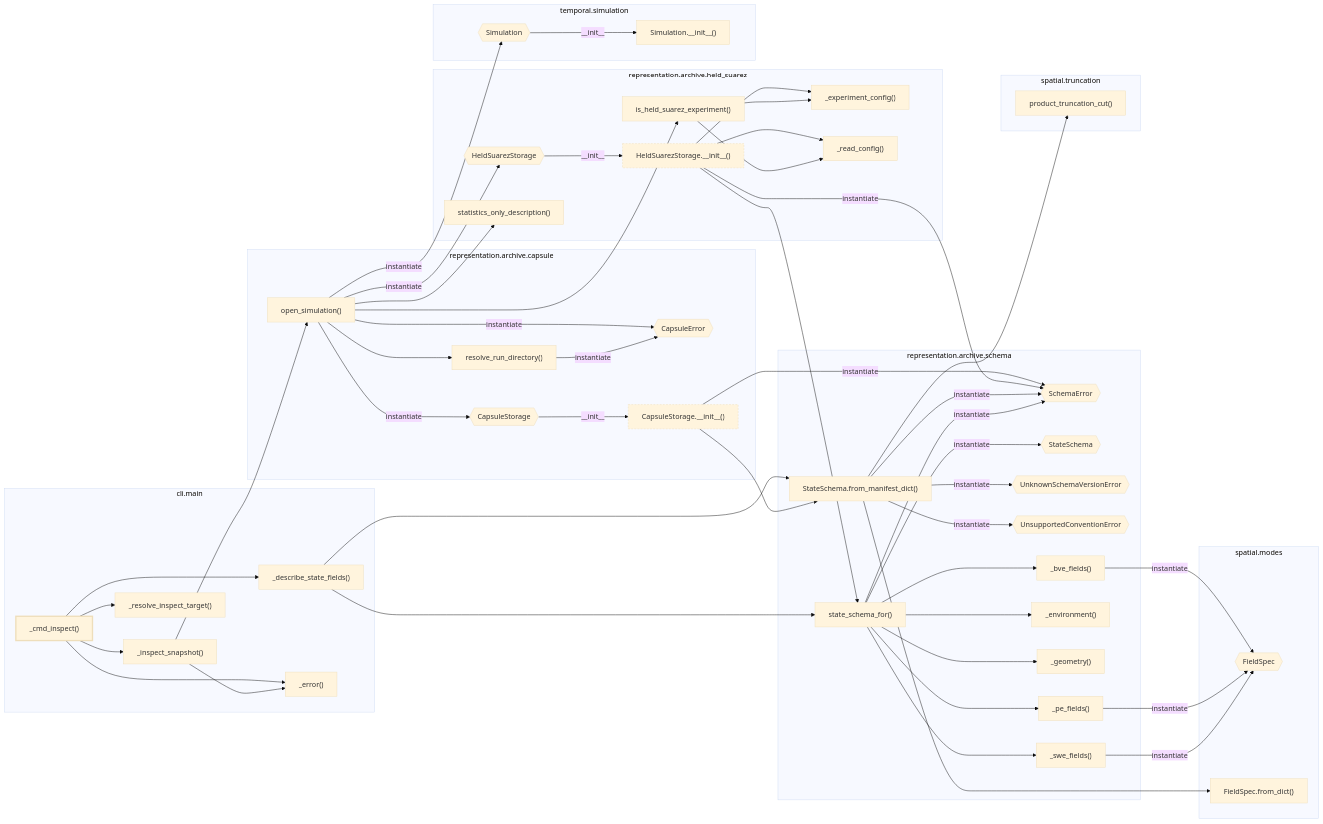
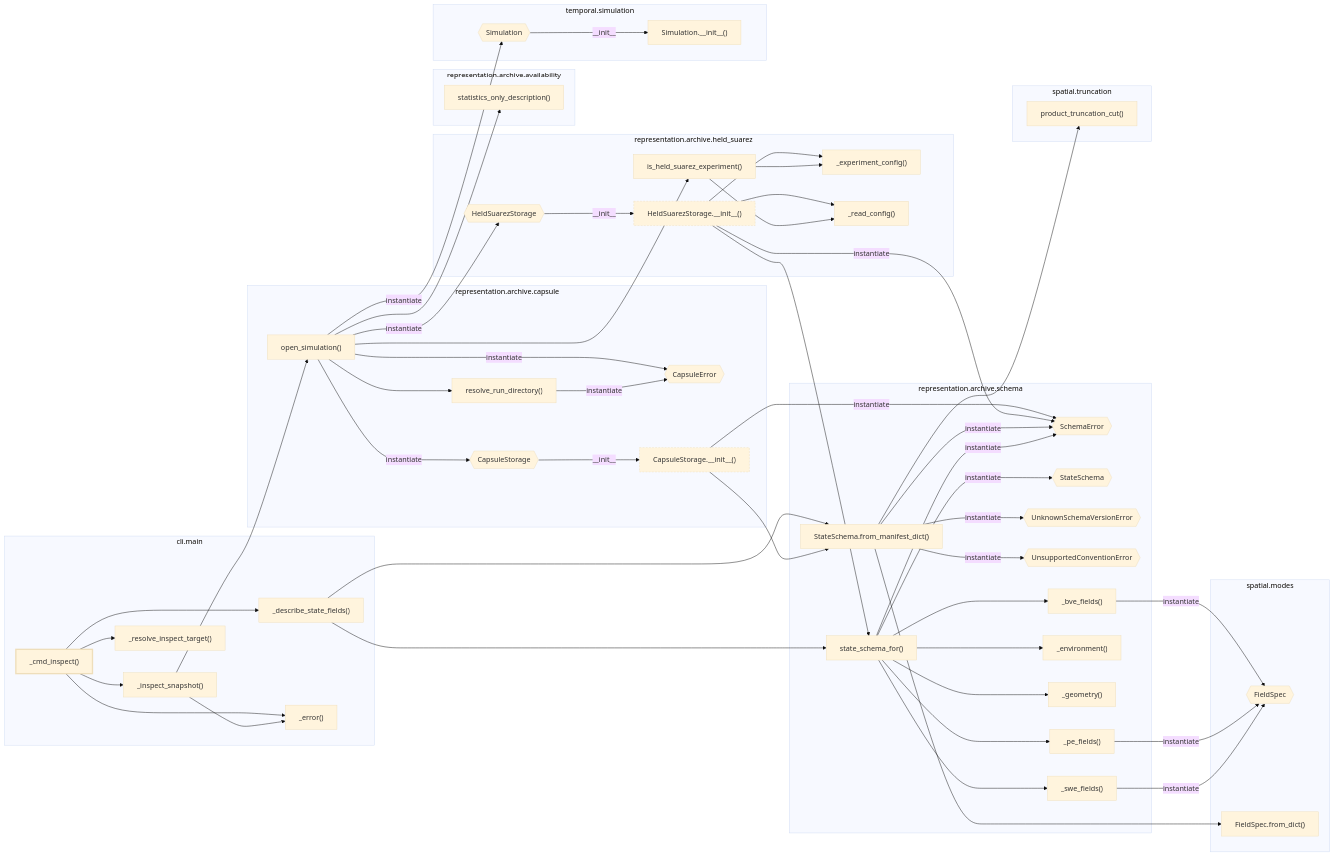
One commit to AlexandreEros/Palintropos changed the diagram in docs/architecture/current/calls/cli-inspect.mmd. Above: the diagram before and after it, drawn with Mermaid (base theme). The commit also changed 192 other files, not shown here.

```diff
--- a/docs/architecture/current/calls/cli-inspect.mmd
+++ b/docs/architecture/current/calls/cli-inspect.mmd
@@ -1,96 +1,98 @@
 %% Generated by tools.architecture 1.0.0. Do not edit by hand.
 %% Static call graph from tropoi.cli.main._cmd_inspect, depth <= 4. Solid: call/instantiate/__init__/super. Dashed: self-dispatch and possible overrides. Dashed border: node with further calls beyond the depth cut.
 flowchart LR
     subgraph g_tropoi_ocli_omain["cli.main"]
         n_tropoi_ocli_omain_o__cmd__inspect["_cmd_inspect()"]
         n_tropoi_ocli_omain_o__describe__state__fields["_describe_state_fields()"]
         n_tropoi_ocli_omain_o__error["_error()"]
         n_tropoi_ocli_omain_o__inspect__snapshot["_inspect_snapshot()"]
         n_tropoi_ocli_omain_o__resolve__inspect__target["_resolve_inspect_target()"]
+    end
+    subgraph g_tropoi_orepresentation_oarchive_oavailability["representation.archive.availability"]
+        n_tropoi_orepresentation_oarchive_oavailability_ostatistics__only__description["statistics_only_description()"]
     end
     subgraph g_tropoi_orepresentation_oarchive_ocapsule["representation.archive.capsule"]
         n_tropoi_orepresentation_oarchive_ocapsule_oCapsuleError{{"CapsuleError"}}
         n_tropoi_orepresentation_oarchive_ocapsule_oCapsuleStorage{{"CapsuleStorage"}}
         n_tropoi_orepresentation_oarchive_ocapsule_oCapsuleStorage_o____init____["CapsuleStorage.__init__()"]
         n_tropoi_orepresentation_oarchive_ocapsule_oopen__simulation["open_simulation()"]
         n_tropoi_orepresentation_oarchive_ocapsule_oresolve__run__directory["resolve_run_directory()"]
     end
     subgraph g_tropoi_orepresentation_oarchive_oheld__suarez["representation.archive.held_suarez"]
         n_tropoi_orepresentation_oarchive_oheld__suarez_oHeldSuarezStorage{{"HeldSuarezStorage"}}
         n_tropoi_orepresentation_oarchive_oheld__suarez_oHeldSuarezStorage_o____init____["HeldSuarezStorage.__init__()"]
         n_tropoi_orepresentation_oarchive_oheld__suarez_o__experiment__config["_experiment_config()"]
         n_tropoi_orepresentation_oarchive_oheld__suarez_o__read__config["_read_config()"]
         n_tropoi_orepresentation_oarchive_oheld__suarez_ois__held__suarez__experiment["is_held_suarez_experiment()"]
-        n_tropoi_orepresentation_oarchive_oheld__suarez_ostatistics__only__description["statistics_only_description()"]
     end
     subgraph g_tropoi_orepresentation_oarchive_oschema["representation.archive.schema"]
         n_tropoi_orepresentation_oarchive_oschema_oSchemaError{{"SchemaError"}}
         n_tropoi_orepresentation_oarchive_oschema_oStateSchema{{"StateSchema"}}
         n_tropoi_orepresentation_oarchive_oschema_oStateSchema_ofrom__manifest__dict["StateSchema.from_manifest_dict()"]
         n_tropoi_orepresentation_oarchive_oschema_oUnknownSchemaVersionError{{"UnknownSchemaVersionError"}}
         n_tropoi_orepresentation_oarchive_oschema_oUnsupportedConventionError{{"UnsupportedConventionError"}}
         n_tropoi_orepresentation_oarchive_oschema_o__bve__fields["_bve_fields()"]
         n_tropoi_orepresentation_oarchive_oschema_o__environment["_environment()"]
         n_tropoi_orepresentation_oarchive_oschema_o__geometry["_geometry()"]
         n_tropoi_orepresentation_oarchive_oschema_o__pe__fields["_pe_fields()"]
         n_tropoi_orepresentation_oarchive_oschema_o__swe__fields["_swe_fields()"]
         n_tropoi_orepresentation_oarchive_oschema_ostate__schema__for["state_schema_for()"]
     end
     subgraph g_tropoi_ospatial_omodes["spatial.modes"]
         n_tropoi_ospatial_omodes_oFieldSpec{{"FieldSpec"}}
         n_tropoi_ospatial_omodes_oFieldSpec_ofrom__dict["FieldSpec.from_dict()"]
     end
     subgraph g_tropoi_ospatial_otruncation["spatial.truncation"]
         n_tropoi_ospatial_otruncation_oproduct__truncation__cut["product_truncation_cut()"]
     end
     subgraph g_tropoi_otemporal_osimulation["temporal.simulation"]
         n_tropoi_otemporal_osimulation_oSimulation{{"Simulation"}}
         n_tropoi_otemporal_osimulation_oSimulation_o____init____["Simulation.__init__()"]
     end
     n_tropoi_ocli_omain_o__cmd__inspect --> n_tropoi_ocli_omain_o__describe__state__fields
     n_tropoi_ocli_omain_o__cmd__inspect --> n_tropoi_ocli_omain_o__error
     n_tropoi_ocli_omain_o__cmd__inspect --> n_tropoi_ocli_omain_o__inspect__snapshot
     n_tropoi_ocli_omain_o__cmd__inspect --> n_tropoi_ocli_omain_o__resolve__inspect__target
     n_tropoi_ocli_omain_o__describe__state__fields --> n_tropoi_orepresentation_oarchive_oschema_oStateSchema_ofrom__manifest__dict
     n_tropoi_ocli_omain_o__describe__state__fields --> n_tropoi_orepresentation_oarchive_oschema_ostate__schema__for
     n_tropoi_ocli_omain_o__inspect__snapshot --> n_tropoi_ocli_omain_o__error
     n_tropoi_ocli_omain_o__inspect__snapshot --> n_tropoi_orepresentation_oarchive_ocapsule_oopen__simulation
     n_tropoi_orepresentation_oarchive_ocapsule_oCapsuleStorage -->|__init__| n_tropoi_orepresentation_oarchive_ocapsule_oCapsuleStorage_o____init____
     n_tropoi_orepresentation_oarchive_ocapsule_oCapsuleStorage_o____init____ -->|instantiate| n_tropoi_orepresentation_oarchive_oschema_oSchemaError
     n_tropoi_orepresentation_oarchive_ocapsule_oCapsuleStorage_o____init____ --> n_tropoi_orepresentation_oarchive_oschema_oStateSchema_ofrom__manifest__dict
+    n_tropoi_orepresentation_oarchive_ocapsule_oopen__simulation --> n_tropoi_orepresentation_oarchive_oavailability_ostatistics__only__description
     n_tropoi_orepresentation_oarchive_ocapsule_oopen__simulation -->|instantiate| n_tropoi_orepresentation_oarchive_ocapsule_oCapsuleError
     n_tropoi_orepresentation_oarchive_ocapsule_oopen__simulation -->|instantiate| n_tropoi_orepresentation_oarchive_ocapsule_oCapsuleStorage
     n_tropoi_orepresentation_oarchive_ocapsule_oopen__simulation --> n_tropoi_orepresentation_oarchive_ocapsule_oresolve__run__directory
     n_tropoi_orepresentation_oarchive_ocapsule_oopen__simulation -->|instantiate| n_tropoi_orepresentation_oarchive_oheld__suarez_oHeldSuarezStorage
     n_tropoi_orepresentation_oarchive_ocapsule_oopen__simulation --> n_tropoi_orepresentation_oarchive_oheld__suarez_ois__held__suarez__experiment
-    n_tropoi_orepresentation_oarchive_ocapsule_oopen__simulation --> n_tropoi_orepresentation_oarchive_oheld__suarez_ostatistics__only__description
     n_tropoi_orepresentation_oarchive_ocapsule_oopen__simulation -->|instantiate| n_tropoi_otemporal_osimulation_oSimulation
     n_tropoi_orepresentation_oarchive_ocapsule_oresolve__run__directory -->|instantiate| n_tropoi_orepresentation_oarchive_ocapsule_oCapsuleError
     n_tropoi_orepresentation_oarchive_oheld__suarez_oHeldSuarezStorage -->|__init__| n_tropoi_orepresentation_oarchive_oheld__suarez_oHeldSuarezStorage_o____init____
     n_tropoi_orepresentation_oarchive_oheld__suarez_oHeldSuarezStorage_o____init____ --> n_tropoi_orepresentation_oarchive_oheld__suarez_o__experiment__config
     n_tropoi_orepresentation_oarchive_oheld__suarez_oHeldSuarezStorage_o____init____ --> n_tropoi_orepresentation_oarchive_oheld__suarez_o__read__config
     n_tropoi_orepresentation_oarchive_oheld__suarez_oHeldSuarezStorage_o____init____ -->|instantiate| n_tropoi_orepresentation_oarchive_oschema_oSchemaError
     n_tropoi_orepresentation_oarchive_oheld__suarez_oHeldSuarezStorage_o____init____ --> n_tropoi_orepresentation_oarchive_oschema_ostate__schema__for
     n_tropoi_orepresentation_oarchive_oheld__suarez_ois__held__suarez__experiment --> n_tropoi_orepresentation_oarchive_oheld__suarez_o__experiment__config
     n_tropoi_orepresentation_oarchive_oheld__suarez_ois__held__suarez__experiment --> n_tropoi_orepresentation_oarchive_oheld__suarez_o__read__config
     n_tropoi_orepresentation_oarchive_oschema_oStateSchema_ofrom__manifest__dict -->|instantiate| n_tropoi_orepresentation_oarchive_oschema_oSchemaError
     n_tropoi_orepresentation_oarchive_oschema_oStateSchema_ofrom__manifest__dict -->|instantiate| n_tropoi_orepresentation_oarchive_oschema_oUnknownSchemaVersionError
     n_tropoi_orepresentation_oarchive_oschema_oStateSchema_ofrom__manifest__dict -->|instantiate| n_tropoi_orepresentation_oarchive_oschema_oUnsupportedConventionError
     n_tropoi_orepresentation_oarchive_oschema_oStateSchema_ofrom__manifest__dict --> n_tropoi_ospatial_omodes_oFieldSpec_ofrom__dict
     n_tropoi_orepresentation_oarchive_oschema_oStateSchema_ofrom__manifest__dict --> n_tropoi_ospatial_otruncation_oproduct__truncation__cut
     n_tropoi_orepresentation_oarchive_oschema_o__bve__fields -->|instantiate| n_tropoi_ospatial_omodes_oFieldSpec
     n_tropoi_orepresentation_oarchive_oschema_o__pe__fields -->|instantiate| n_tropoi_ospatial_omodes_oFieldSpec
     n_tropoi_orepresentation_oarchive_oschema_o__swe__fields -->|instantiate| n_tropoi_ospatial_omodes_oFieldSpec
     n_tropoi_orepresentation_oarchive_oschema_ostate__schema__for -->|instantiate| n_tropoi_orepresentation_oarchive_oschema_oSchemaError
     n_tropoi_orepresentation_oarchive_oschema_ostate__schema__for -->|instantiate| n_tropoi_orepresentation_oarchive_oschema_oStateSchema
     n_tropoi_orepresentation_oarchive_oschema_ostate__schema__for --> n_tropoi_orepresentation_oarchive_oschema_o__bve__fields
     n_tropoi_orepresentation_oarchive_oschema_ostate__schema__for --> n_tropoi_orepresentation_oarchive_oschema_o__environment
     n_tropoi_orepresentation_oarchive_oschema_ostate__schema__for --> n_tropoi_orepresentation_oarchive_oschema_o__geometry
     n_tropoi_orepresentation_oarchive_oschema_ostate__schema__for --> n_tropoi_orepresentation_oarchive_oschema_o__pe__fields
     n_tropoi_orepresentation_oarchive_oschema_ostate__schema__for --> n_tropoi_orepresentation_oarchive_oschema_o__swe__fields
     n_tropoi_otemporal_osimulation_oSimulation -->|__init__| n_tropoi_otemporal_osimulation_oSimulation_o____init____
     classDef root stroke-width:3px
     classDef truncated stroke-dasharray:4 3
     class n_tropoi_ocli_omain_o__cmd__inspect root
     class n_tropoi_orepresentation_oarchive_ocapsule_oCapsuleStorage_o____init____ truncated
     class n_tropoi_orepresentation_oarchive_oheld__suarez_oHeldSuarezStorage_o____init____ truncated
```
